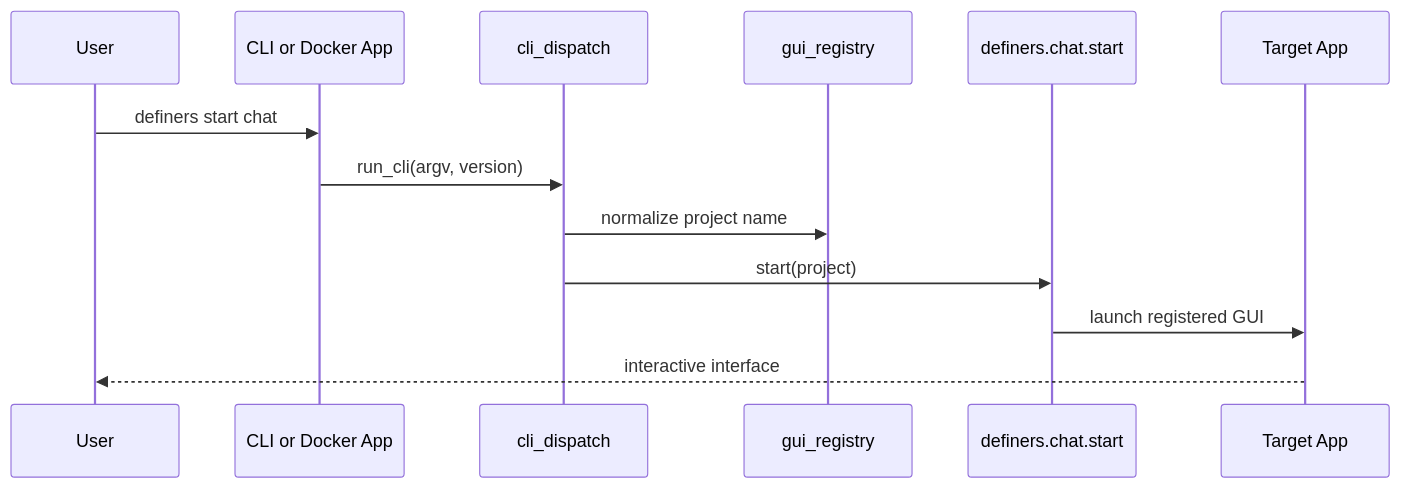
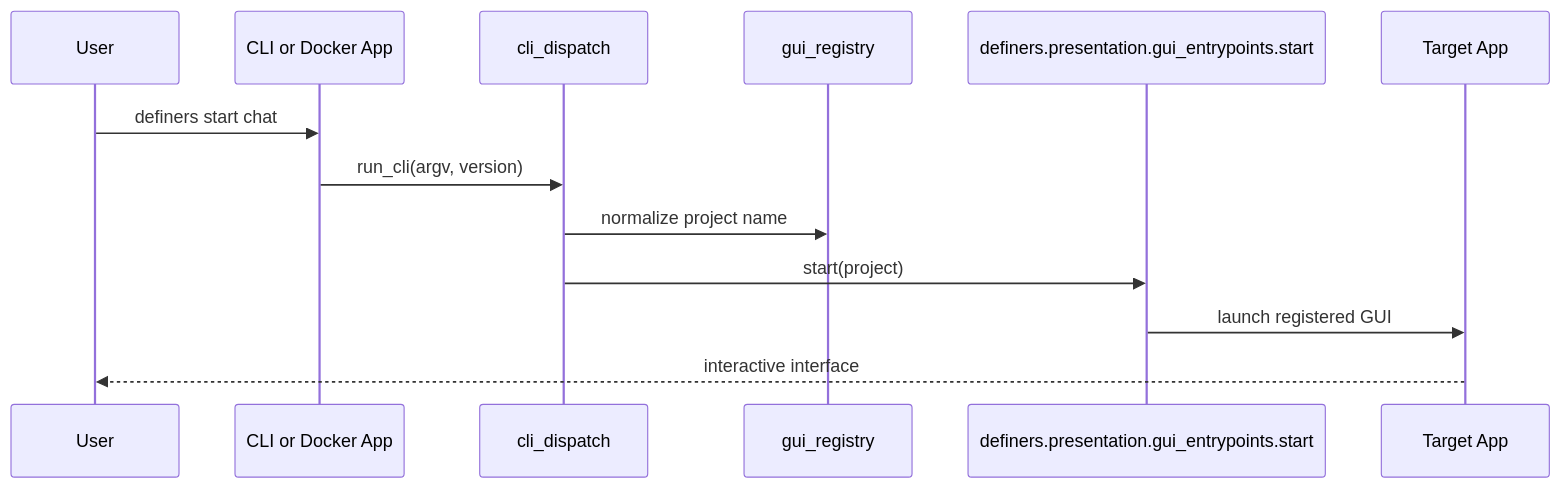
The third of 4 diagrams in README.md (YaronKoresh/definers), drawn with Mermaid before and after one commit. The commit also changed other lines of this file and 93 other files, not shown here.

````diff
--- a/README.md
+++ b/README.md
@@ -106,16 +106,16 @@
 ```mermaid
 sequenceDiagram
     participant User
     participant CLI as CLI or Docker App
     participant Dispatch as cli_dispatch
     participant Registry as gui_registry
-    participant Chat as definers.chat.start
+    participant Chat as definers.presentation.gui_entrypoints.start
     participant App as Target App
 
     User->>CLI: definers start chat
     CLI->>Dispatch: run_cli(argv, version)
     Dispatch->>Registry: normalize project name
     Dispatch->>Chat: start(project)
     Chat->>App: launch registered GUI
     App-->>User: interactive interface
 ```
````
